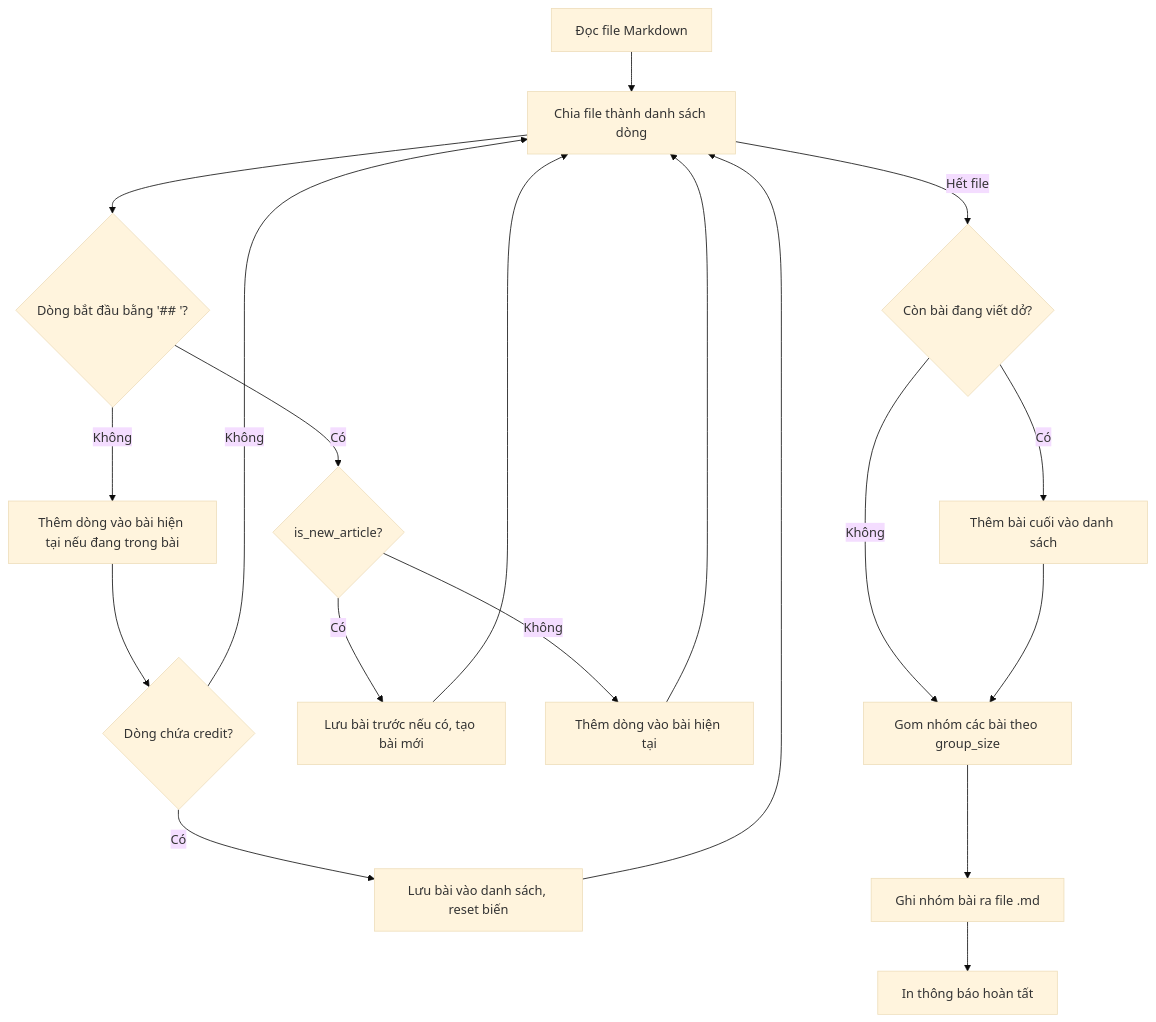
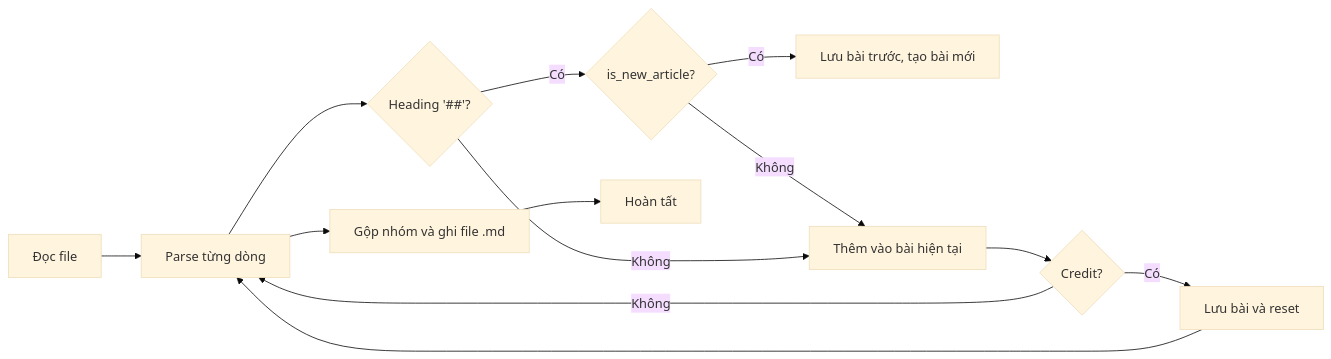
Before and after one commit to ndongdoan/markdown_chunking: the diagram in README.md, drawn with Mermaid (base theme).

````diff
--- a/README.md
+++ b/README.md
@@ -32,21 +32,15 @@
 ```mermaid
-flowchart TD
-A[Đọc file Markdown] --> B[Chia file thành danh sách dòng]
-B --> C{Dòng bắt đầu bằng '## '?}
-C -- Không --> D[Thêm dòng vào bài hiện tại nếu đang trong bài]
-D --> E{Dòng chứa credit?}
-E -- Có --> F[Lưu bài vào danh sách, reset biến]
-E -- Không --> B
-C -- Có --> G{is_new_article?}
-G -- Có --> H[Lưu bài trước nếu có, tạo bài mới]
-G -- Không --> I[Thêm dòng vào bài hiện tại]
-H --> B
-I --> B
-F --> B
-B -->|Hết file| J{Còn bài đang viết dở?}
-J -- Có --> K[Thêm bài cuối vào danh sách]
-J -- Không --> L[Gom nhóm các bài theo group_size]
-K --> L
-L --> M[Ghi nhóm bài ra file .md]
-M --> N[In thông báo hoàn tất]
+flowchart LR
+    A[Đọc file] --> B[Parse từng dòng]
+    B --> C{Heading '##'?}
+    C -- Có --> D{is_new_article?}
+    D -- Có --> E[Lưu bài trước, tạo bài mới]
+    D -- Không --> F[Thêm vào bài hiện tại]
+    C -- Không --> F
+    F --> G{Credit?}
+    G -- Có --> H[Lưu bài và reset]
+    G -- Không --> B
+    H --> B
+    B --> I[Gộp nhóm và ghi file .md]
+    I --> J[Hoàn tất]
 ```
````
